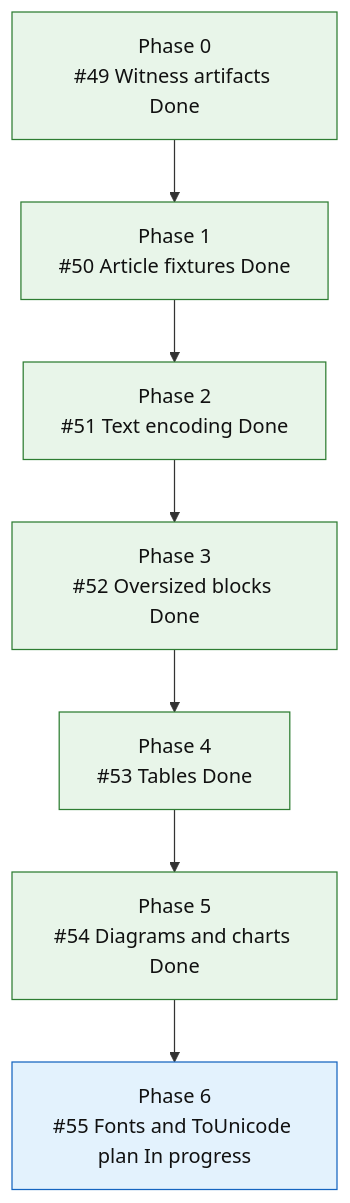
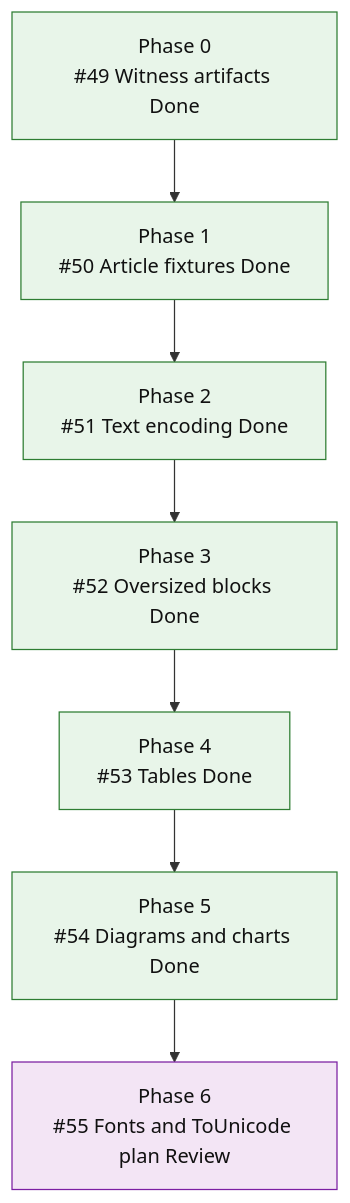
The second of 2 diagrams in README.md (mihaelamj/MarkdownPDF), drawn with Mermaid before and after one commit.

Commit message:
docs(roadmap): move font plan to review

````diff
--- a/README.md
+++ b/README.md
@@ -212,22 +212,22 @@
 ```mermaid
 flowchart TD
     F0["Phase 0<br/>#49 Witness artifacts Done"]
     F1["Phase 1<br/>#50 Article fixtures Done"]
     F2["Phase 2<br/>#51 Text encoding Done"]
     F3["Phase 3<br/>#52 Oversized blocks Done"]
     F4["Phase 4<br/>#53 Tables Done"]
     F5["Phase 5<br/>#54 Diagrams and charts Done"]
-    F6["Phase 6<br/>#55 Fonts and ToUnicode plan In progress"]
+    F6["Phase 6<br/>#55 Fonts and ToUnicode plan Review"]
 
     F0 --> F1 --> F2 --> F3 --> F4 --> F5 --> F6
 
     classDef done fill:#e8f5e9,stroke:#2e7d32,color:#111;
     classDef active fill:#e3f2fd,stroke:#1565c0,color:#111;
     classDef review fill:#f3e5f5,stroke:#7b1fa2,color:#111;
     classDef next fill:#fff8e1,stroke:#f9a825,color:#111;
     classDef todo fill:#eef3ff,stroke:#3367d6,color:#111;
     class F0,F1 done;
     class F2 done;
     class F3,F4,F5 done;
-    class F6 active;
+    class F6 review;
 ```
````
